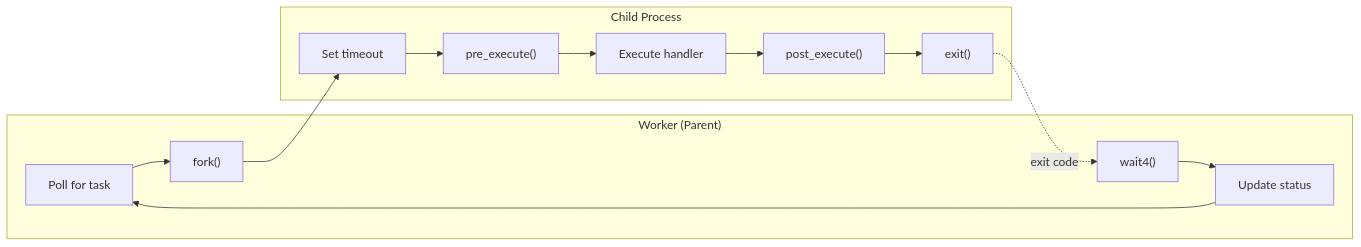
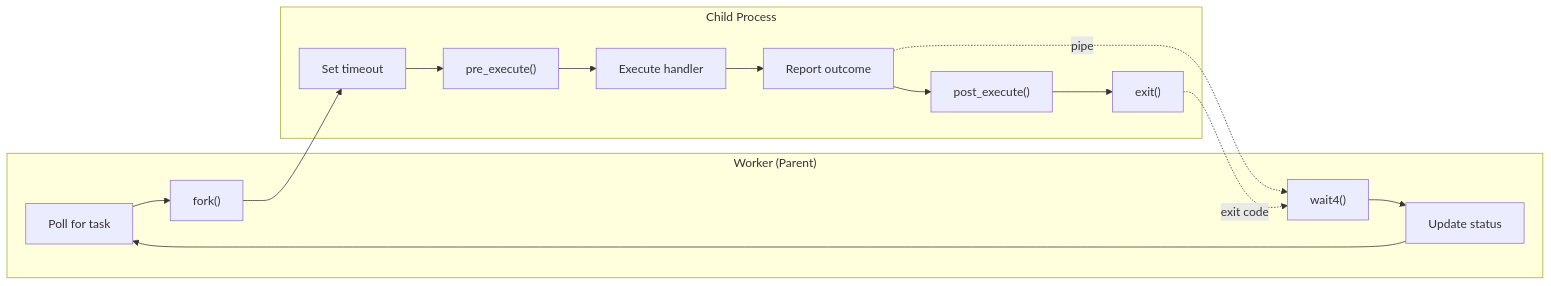
The second of 5 diagrams in docs/architecture.md (ricwo/pq), drawn with Mermaid before and after one commit. The commit also changed other lines of this file and 13 other files, not shown here.

````diff
--- a/docs/architecture.md
+++ b/docs/architecture.md
@@ -81,27 +93,30 @@
 ```mermaid
 flowchart LR
     subgraph parent["Worker (Parent)"]
         poll["Poll for task"]
         fork["fork()"]
         wait["wait4()"]
         update["Update status"]
     end
 
     subgraph child["Child Process"]
         setup["Set timeout"]
         pre["pre_execute()"]
         exec["Execute handler"]
+        report["Report outcome"]
         post["post_execute()"]
         exit["exit()"]
     end
 
     poll --> fork
     fork --> setup
     setup --> pre
     pre --> exec
-    exec --> post
+    exec --> report
+    report --> post
     post --> exit
+    report -.->|"pipe"| wait
     exit -.->|"exit code"| wait
     wait --> update
     update --> poll
 ```
````
